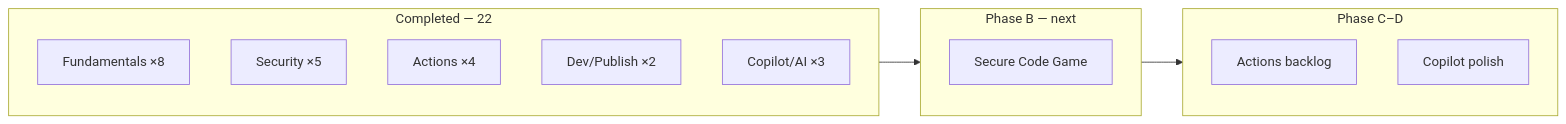
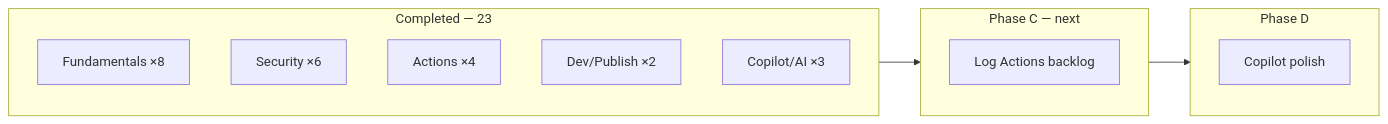
Before and after one commit to blackhebrewisraeli/github-skills-journey: the diagram in ROADMAP.md, drawn with Mermaid. The commit also changed other lines of this file and 1 other file, not shown here.

Commit message:
Log Secure Code Game practice; Phase B complete (23 total).

````diff
--- a/ROADMAP.md
+++ b/ROADMAP.md
@@ -10,18 +10,17 @@
 ```mermaid
 flowchart LR
-    subgraph done [Completed — 22]
+    subgraph done [Completed — 23]
         F[Fundamentals ×8]
-        S[Security ×5]
+        S[Security ×6]
         A[Actions ×4]
         D[Dev/Publish ×2]
         C[Copilot/AI ×3]
     end
-    subgraph next [Phase B — next]
-        B2[Secure Code Game]
+    subgraph next [Phase C — next]
+        AB[Log Actions backlog]
     end
-    subgraph later [Phase C–D]
-        AB[Actions backlog]
+    subgraph later [Phase D]
         CP[Copilot polish]
     end
     done --> next --> later
 ```
````
